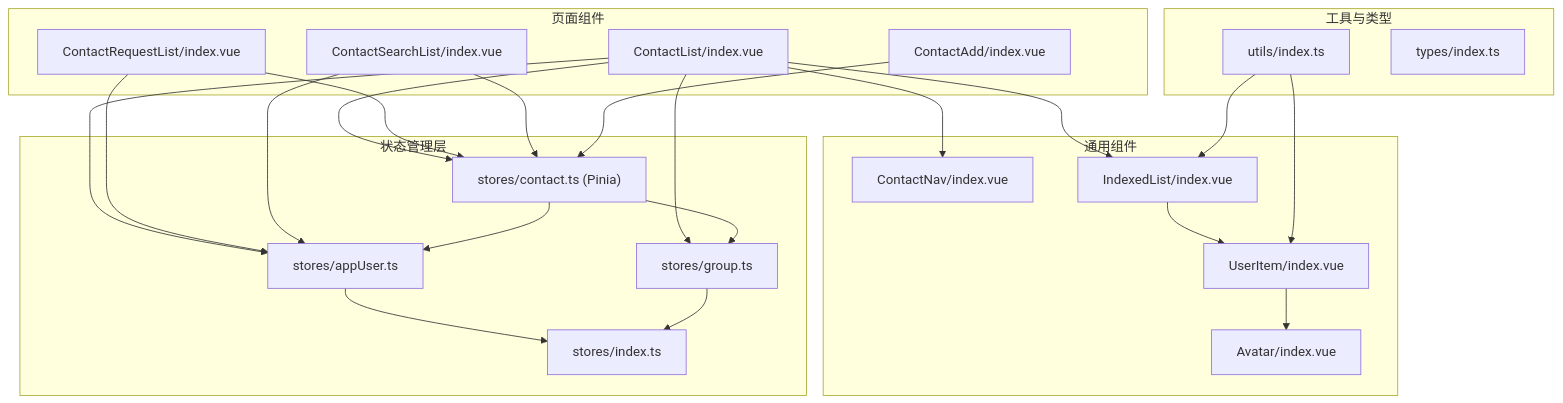
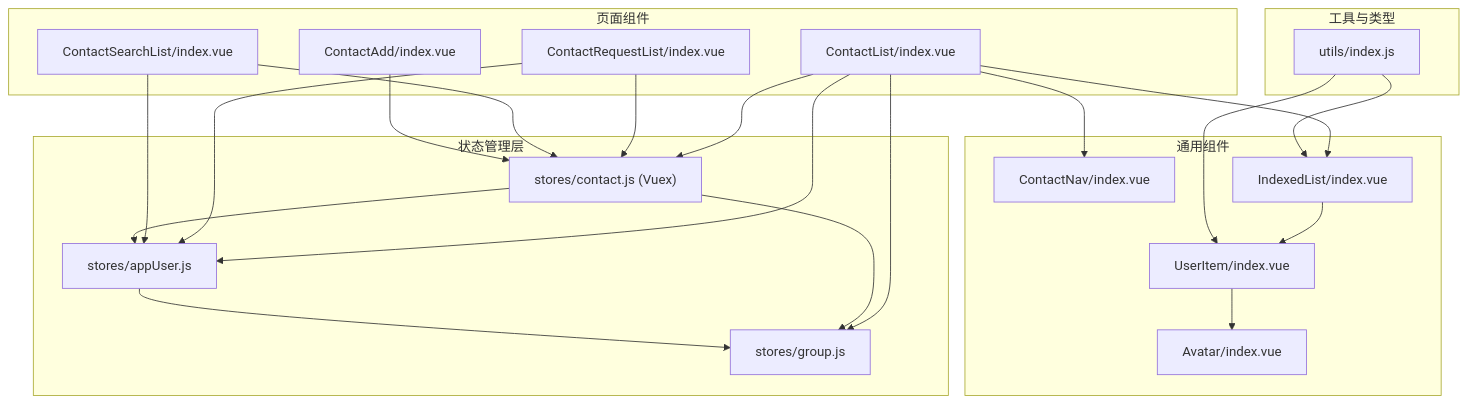
The first of 4 diagrams in .qoder/repowiki/zh/content/联系人模块/联系人模块.md (Easemob-Community/easemob-uikit-uniapp-community), drawn with Mermaid before and after one commit. The commit also changed other lines of this file and 14 other files, not shown here.

````diff
--- a/.qoder/repowiki/zh/content/联系人模块/联系人模块.md
+++ b/.qoder/repowiki/zh/content/联系人模块/联系人模块.md
@@ -70,43 +63,40 @@
 ```mermaid
 graph TB
 subgraph "页面组件"
 CL["ContactList/index.vue"]
 CA["ContactAdd/index.vue"]
 CRL["ContactRequestList/index.vue"]
 CSL["ContactSearchList/index.vue"]
 end
 subgraph "通用组件"
 UI["UserItem/index.vue"]
 CN["ContactNav/index.vue"]
 IL["IndexedList/index.vue"]
 AV["Avatar/index.vue"]
 end
 subgraph "状态管理层"
-CST["stores/contact.ts (Pinia)"]
-AS["stores/appUser.ts"]
-GS["stores/group.ts"]
-SEI["stores/index.ts"]
+CST["stores/contact.js (Vuex)"]
+AS["stores/appUser.js"]
+GS["stores/group.js"]
 end
 subgraph "工具与类型"
-UT["utils/index.ts"]
-TY["types/index.ts"]
+UT["utils/index.js"]
 end
 CL --> IL
 IL --> UI
 UI --> AV
 CL --> CN
 CL --> CST
 CL --> AS
 CL --> GS
 CRL --> CST
 CRL --> AS
 CSL --> CST
 CSL --> AS
 CA --> CST
 CST --> AS
 CST --> GS
-AS --> SEI
-GS --> SEI
+AS --> GS
 UT --> IL
 UT --> UI
 ```
````
